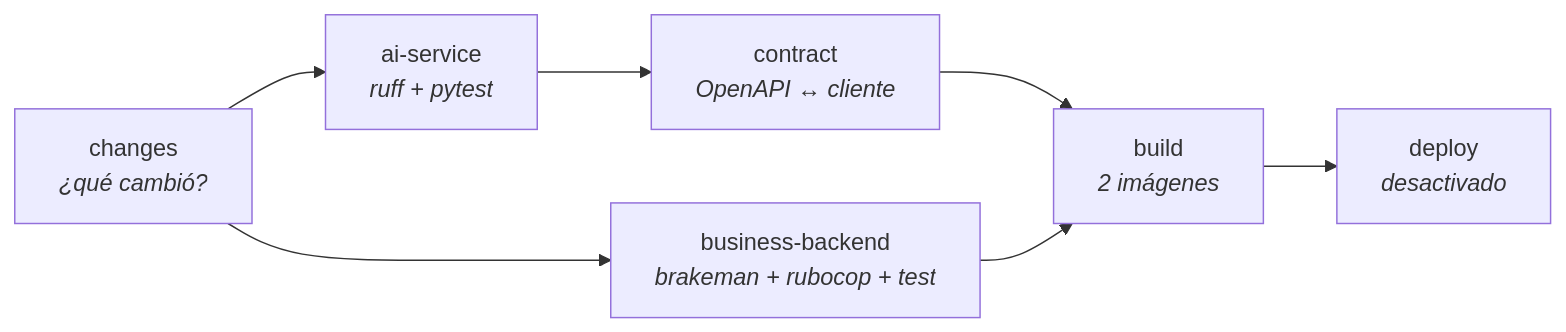
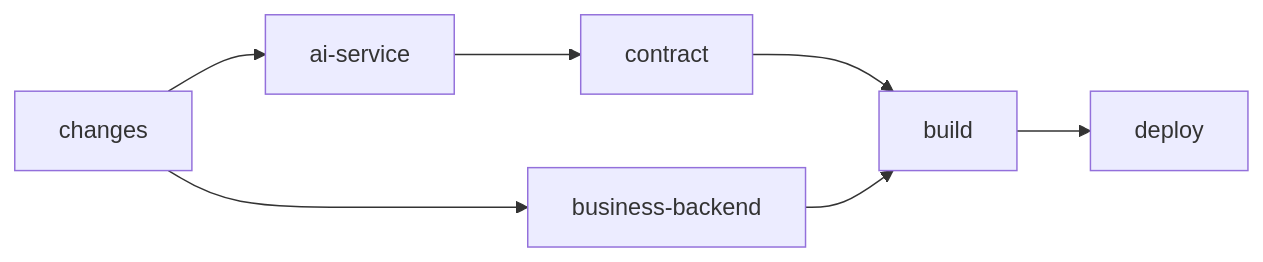
The first of 2 diagrams in docs/ci-cd.md (ildefonso69/ai_engineering), drawn with Mermaid before and after one commit. The commit also changed other lines of this file and 11 other files, not shown here.

````diff
--- a/docs/ci-cd.md
+++ b/docs/ci-cd.md
@@ -27,12 +28,5 @@
 ```mermaid
 graph LR
-    ch["changes<br/><i>¿qué cambió?</i>"]
-    ai["ai-service<br/><i>ruff + pytest</i>"]
-    bb["business-backend<br/><i>brakeman + rubocop + test</i>"]
-    ct["contract<br/><i>OpenAPI ↔ cliente</i>"]
-    bd["build<br/><i>2 imágenes</i>"]
-    dp["deploy<br/><i>desactivado</i>"]
-
-    ch --> ai --> ct --> bd --> dp
-    ch --> bb --> bd
+    ch["changes"] --> ai["ai-service"] --> ct["contract"] --> bd["build"] --> dp["deploy"]
+    ch --> bb["business-backend"] --> bd
 ```
````
